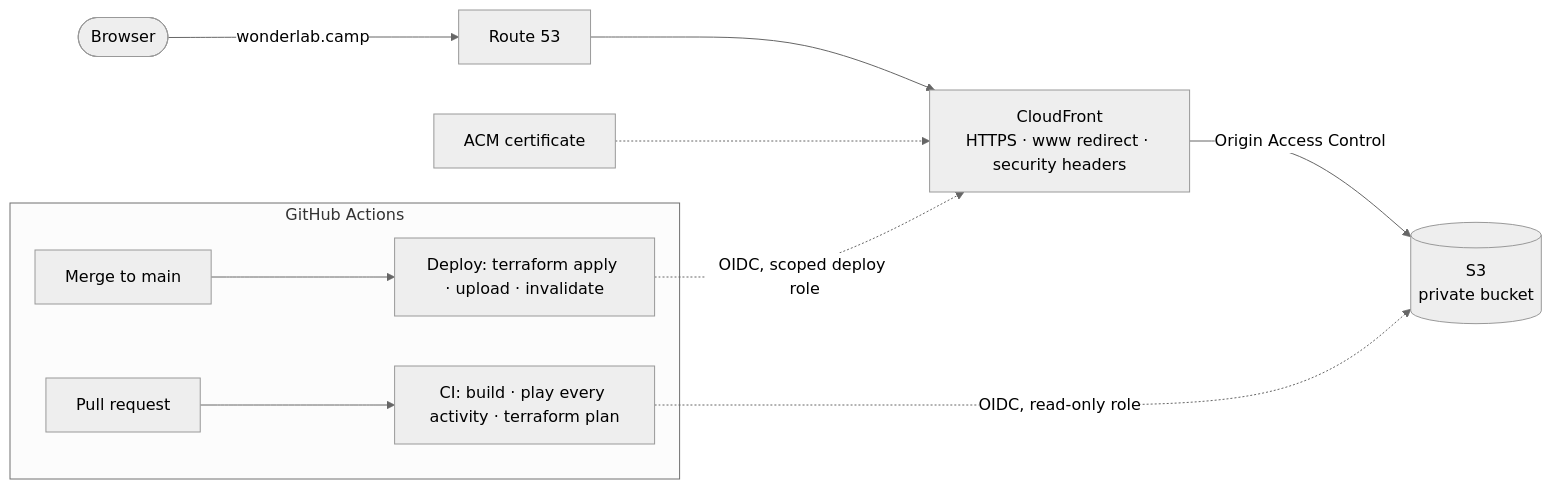
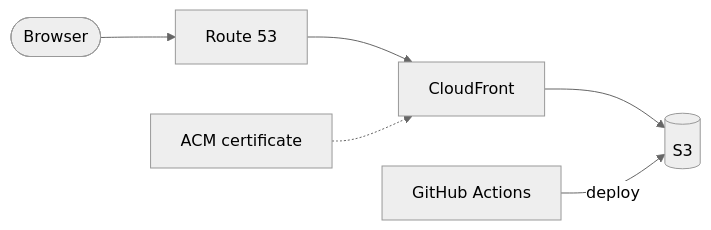
Before and after one commit to tiroger/wonder-lab: the diagram in README.md, drawn with Mermaid (neutral theme). The commit also changed other lines of this file, not shown here.

````diff
--- a/README.md
+++ b/README.md
@@ -36,13 +32,8 @@
 ```mermaid
 flowchart LR
-  visitor([Browser]) -->|wonderlab.camp| dns[Route 53]
-  dns --> cdn[CloudFront<br/>HTTPS · www redirect · security headers]
+  visitor([Browser]) --> dns[Route 53]
+  dns --> cdn[CloudFront]
   cert[ACM certificate] -.-> cdn
-  cdn -->|Origin Access Control| bucket[(S3<br/>private bucket)]
-  subgraph gh[GitHub Actions]
-    pr[Pull request] --> ci[CI: build · play every activity · terraform plan]
-    merge[Merge to main] --> deploy[Deploy: terraform apply · upload · invalidate]
-  end
-  ci -. OIDC, read-only role .-> bucket
-  deploy -. OIDC, scoped deploy role .-> cdn
+  cdn --> bucket[(S3)]
+  gh[GitHub Actions] -->|deploy| bucket
 ```
````
